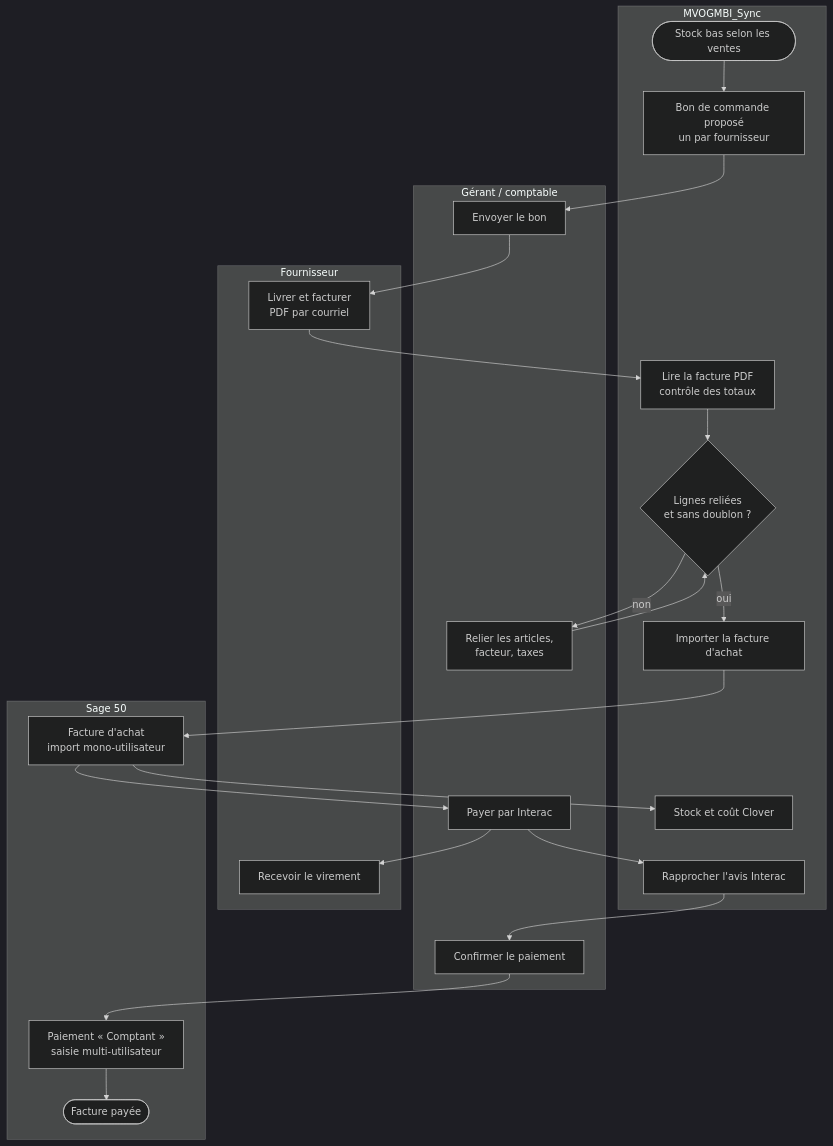
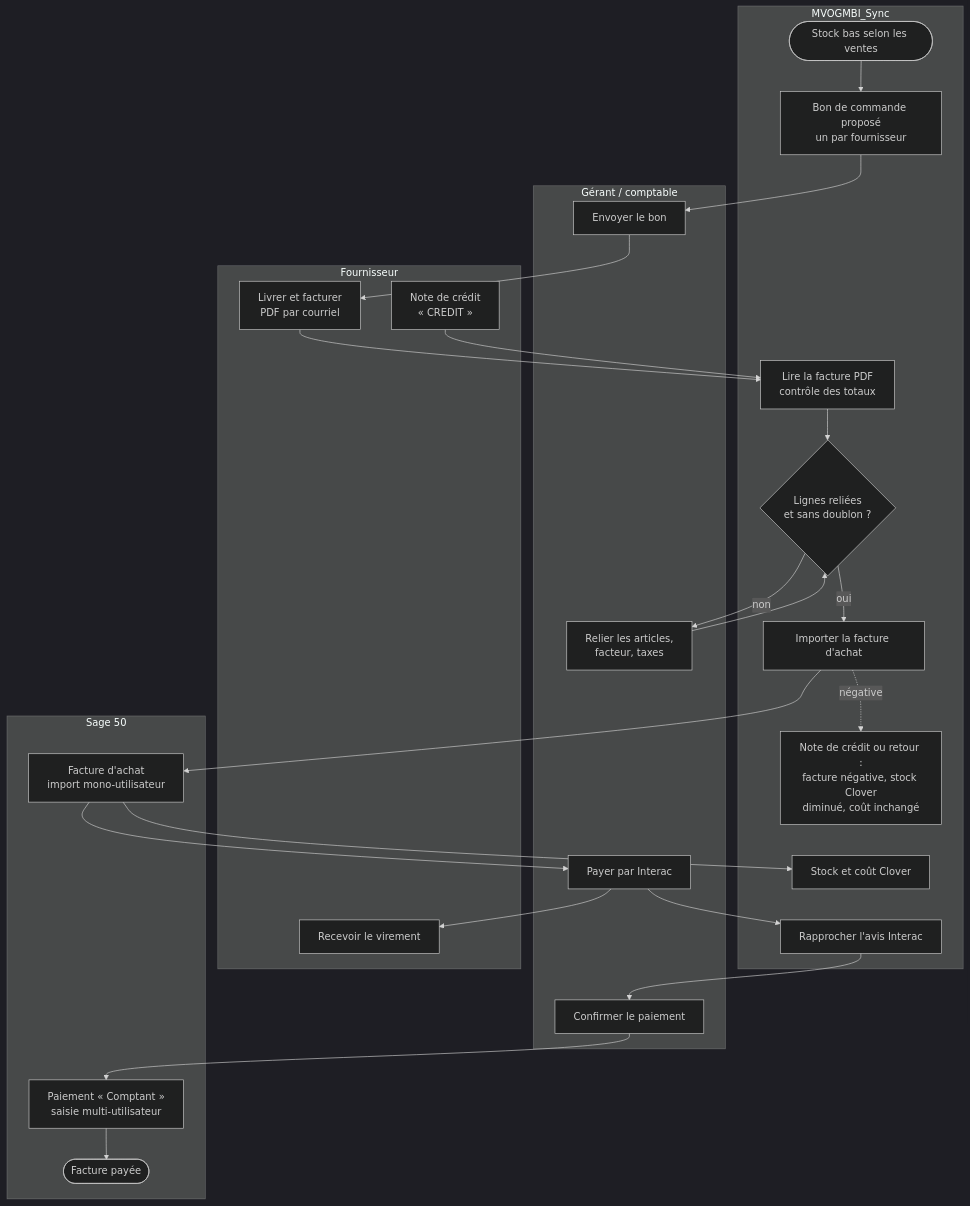
The second of 12 diagrams in documentation/PROCESSUS_BPM.md (mteingueng-dot/MVOGMBI_Sync_2026.1), drawn with Mermaid (dark theme) before and after one commit. The commit also changed other lines of this file and 41 other files, not shown here.

````diff
--- a/documentation/PROCESSUS_BPM.md
+++ b/documentation/PROCESSUS_BPM.md
@@ -56,32 +56,36 @@
 ```mermaid
 flowchart TB
     subgraph APPA["MVOGMBI_Sync"]
         A1([Stock bas selon les ventes])
         A2[Bon de commande proposé<br/>un par fournisseur]
         A5[Lire la facture PDF<br/>contrôle des totaux]
         A6{Lignes reliées<br/>et sans doublon ?}
+        A9[Note de crédit ou retour :<br/>facture négative, stock Clover<br/>diminué, coût inchangé]
         A7[Importer la facture d'achat]
         A8[Stock et coût Clover]
         A10[Rapprocher l'avis Interac]
     end
     subgraph GERA["Gérant / comptable"]
         B1[Envoyer le bon]
         B2[Relier les articles,<br/>facteur, taxes]
         B3[Payer par Interac]
         B4[Confirmer le paiement]
     end
     subgraph FOU["Fournisseur"]
         C1[Livrer et facturer<br/>PDF par courriel]
+        C3[Note de crédit<br/>« CREDIT »]
         C2[Recevoir le virement]
     end
     subgraph SAGEA["Sage 50"]
         D1[Facture d'achat<br/>import mono-utilisateur]
         D2[Paiement « Comptant »<br/>saisie multi-utilisateur]
         D3([Facture payée])
     end
     A1 --> A2 --> B1 --> C1 --> A5 --> A6
     A6 -- non --> B2 --> A6
     A6 -- oui --> A7 --> D1 --> A8
+    C3 --> A5
+    A7 -. négative .-> A9
     D1 --> B3 --> C2
     B3 --> A10 --> B4 --> D2 --> D3
 ```
````
